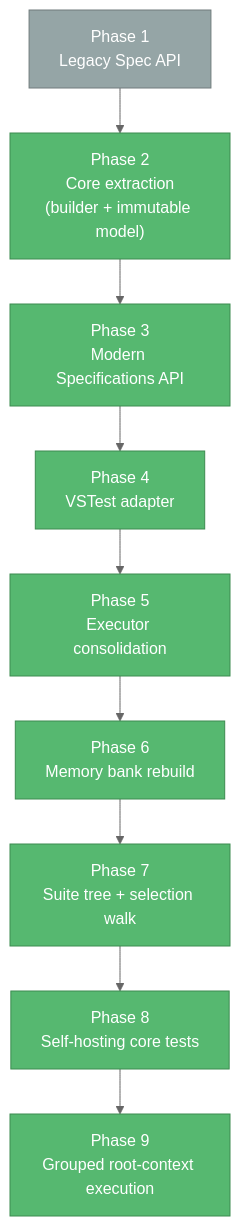
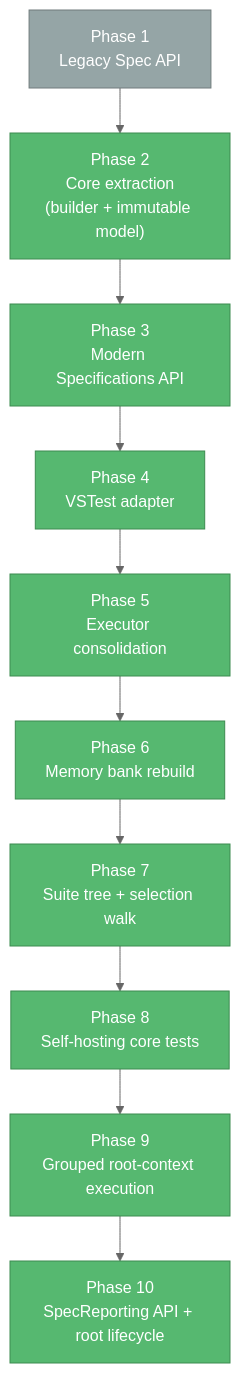
The diagram in memory-bank/progress.md (yozepi/Specs), drawn with Mermaid before and after one commit. The commit also changed other lines of this file and 30 other files, not shown here.

First line of the commit message:
Add SpecReporting API and fix root lifecycle

````diff
--- a/memory-bank/progress.md
+++ b/memory-bank/progress.md
@@ -65,19 +67,20 @@
 ```mermaid
 %%{init: {'theme': 'neutral', 'flowchart': {'nodeSpacing': 30, 'rankSpacing': 45, 'wrappingWidth': 160}}}%%
 flowchart TD
     P1["Phase 1<br/>Legacy Spec API"]:::deprecated
     P2["Phase 2<br/>Core extraction<br/>(builder + immutable model)"]:::app
     P3["Phase 3<br/>Modern Specifications API"]:::app
     P4["Phase 4<br/>VSTest adapter"]:::app
     P5["Phase 5<br/>Executor consolidation"]:::app
     P6["Phase 6<br/>Memory bank rebuild"]:::app
     P7["Phase 7<br/>Suite tree + selection walk"]:::app
     P8["Phase 8<br/>Self-hosting core tests"]:::app
     P9["Phase 9<br/>Grouped root-context execution"]:::app
+    P10["Phase 10<br/>SpecReporting API + root lifecycle"]:::app
 
     P1 --> P2 --> P3 --> P4
-    P4 --> P5 --> P6 --> P7 --> P8 --> P9
+    P4 --> P5 --> P6 --> P7 --> P8 --> P9 --> P10
 
     classDef app fill:#56B870,stroke:#3D8B50,color:#fff
     classDef deprecated fill:#95A5A6,stroke:#707B7C,color:#fff
 ```
````
